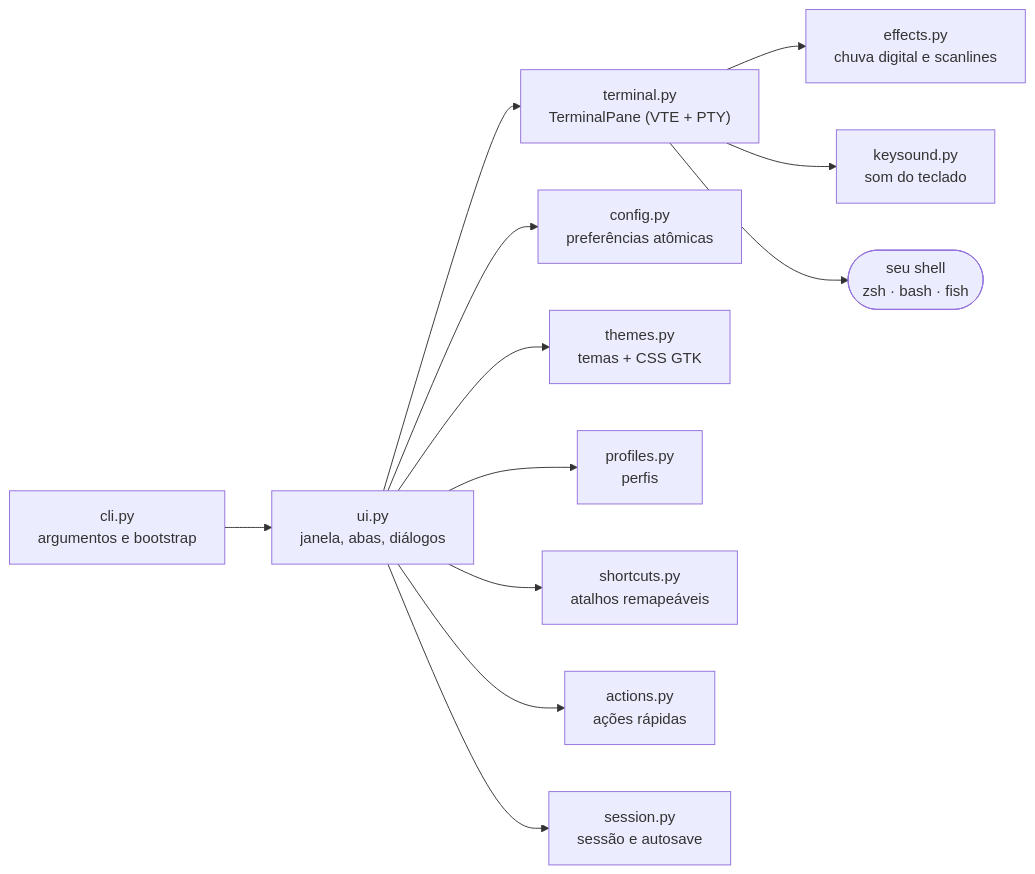
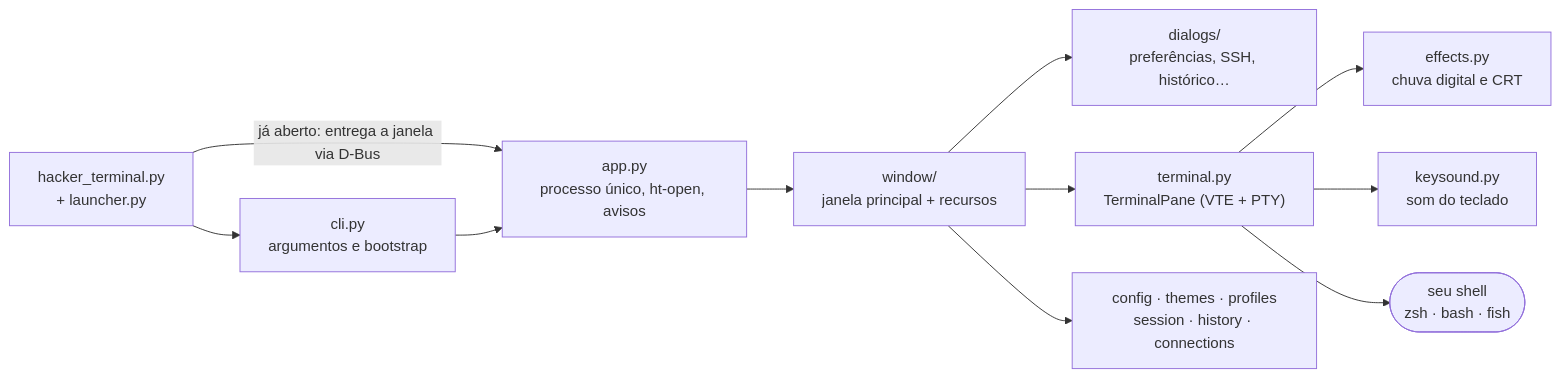
The first of 2 diagrams in README.md (Hiagolim11/hacker-terminal), drawn with Mermaid before and after one commit. The commit also changed other lines of this file and 30 other files, not shown here.

````diff
--- a/README.md
+++ b/README.md
@@ -705,14 +722,12 @@
 ```mermaid
 flowchart LR
-    CLI["cli.py<br/>argumentos e bootstrap"] --> UI["ui.py<br/>janela, abas, diálogos"]
-    UI --> TP["terminal.py<br/>TerminalPane (VTE + PTY)"]
-    UI --> CFG["config.py<br/>preferências atômicas"]
-    UI --> TH["themes.py<br/>temas + CSS GTK"]
-    UI --> PR["profiles.py<br/>perfis"]
-    UI --> SC["shortcuts.py<br/>atalhos remapeáveis"]
-    UI --> AC["actions.py<br/>ações rápidas"]
-    UI --> SE["session.py<br/>sessão e autosave"]
-    TP --> FX["effects.py<br/>chuva digital e scanlines"]
+    L["hacker_terminal.py<br/>+ launcher.py"] -->|"já aberto: entrega a janela via D-Bus"| APP
+    L --> CLI["cli.py<br/>argumentos e bootstrap"] --> APP["app.py<br/>processo único, ht-open, avisos"]
+    APP --> W["window/<br/>janela principal + recursos"]
+    W --> D["dialogs/<br/>preferências, SSH, histórico…"]
+    W --> TP["terminal.py<br/>TerminalPane (VTE + PTY)"]
+    W --> ST["config · themes · profiles<br/>session · history · connections"]
+    TP --> FX["effects.py<br/>chuva digital e CRT"]
     TP --> KS["keysound.py<br/>som do teclado"]
     TP --> SH(["seu shell<br/>zsh · bash · fish"])
 ```
````
